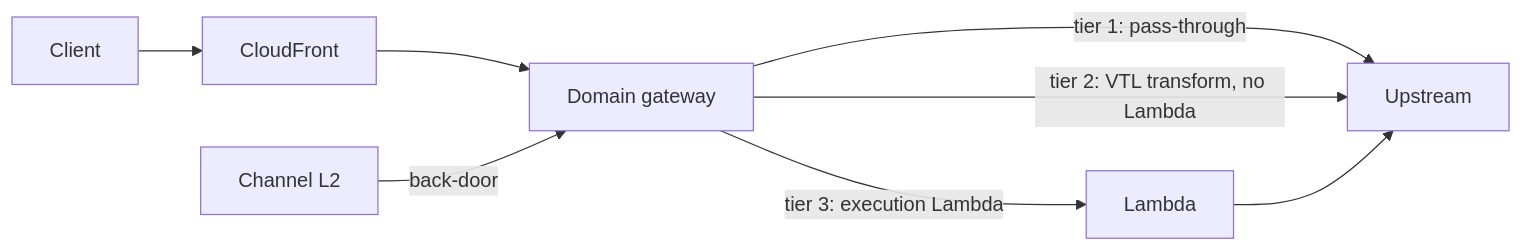
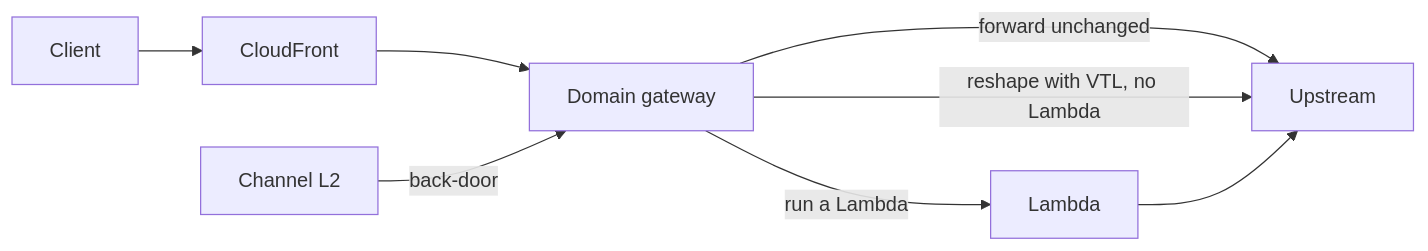
The diagram in docs/architecture.md (kevcjones/flex-minipoc), drawn with Mermaid before and after one commit. The commit also changed other lines of this file and 1 other file, not shown here.

Commit message:
docs: reframe routes problem-first; drop tier jargon
Lead with what you are trying to do, then the example. Adds a "which route do I
need?" picker keyed on the goal, and names the route shapes by behaviour
(pass-through / transform / execution) instead of tier numbers in both how-to and
architecture.

````diff
--- a/docs/architecture.md
+++ b/docs/architecture.md
@@ -35,9 +35,9 @@
 ```mermaid
 flowchart LR
   C[Client] --> CF[CloudFront]
   CF --> G[Domain gateway]
-  G -->|tier 1: pass-through| U[Upstream]
-  G -->|tier 2: VTL transform, no Lambda| U
-  G -->|tier 3: execution Lambda| L[Lambda] --> U
+  G -->|forward unchanged| U[Upstream]
+  G -->|reshape with VTL, no Lambda| U
+  G -->|run a Lambda| L[Lambda] --> U
   CH[Channel L2] -->|back-door| G
 ```
````
